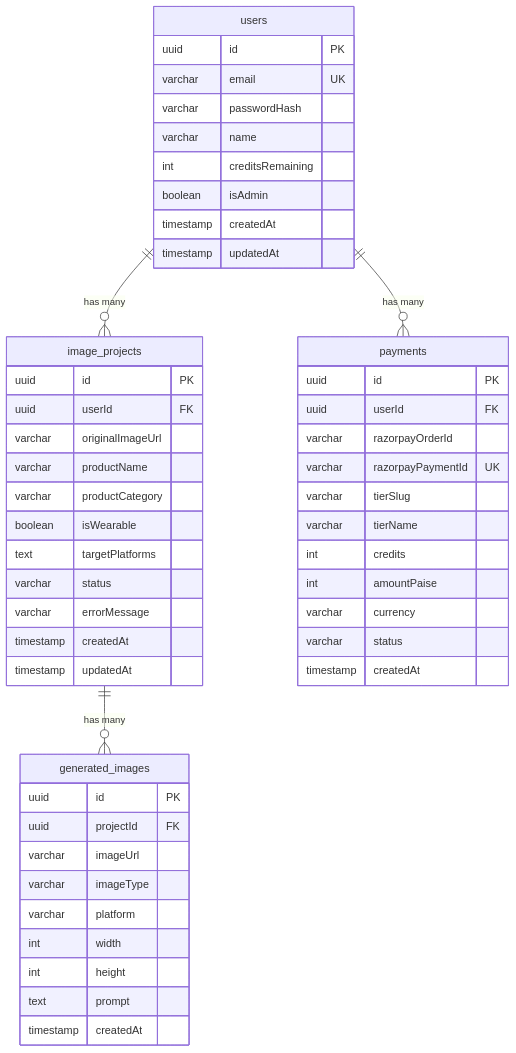
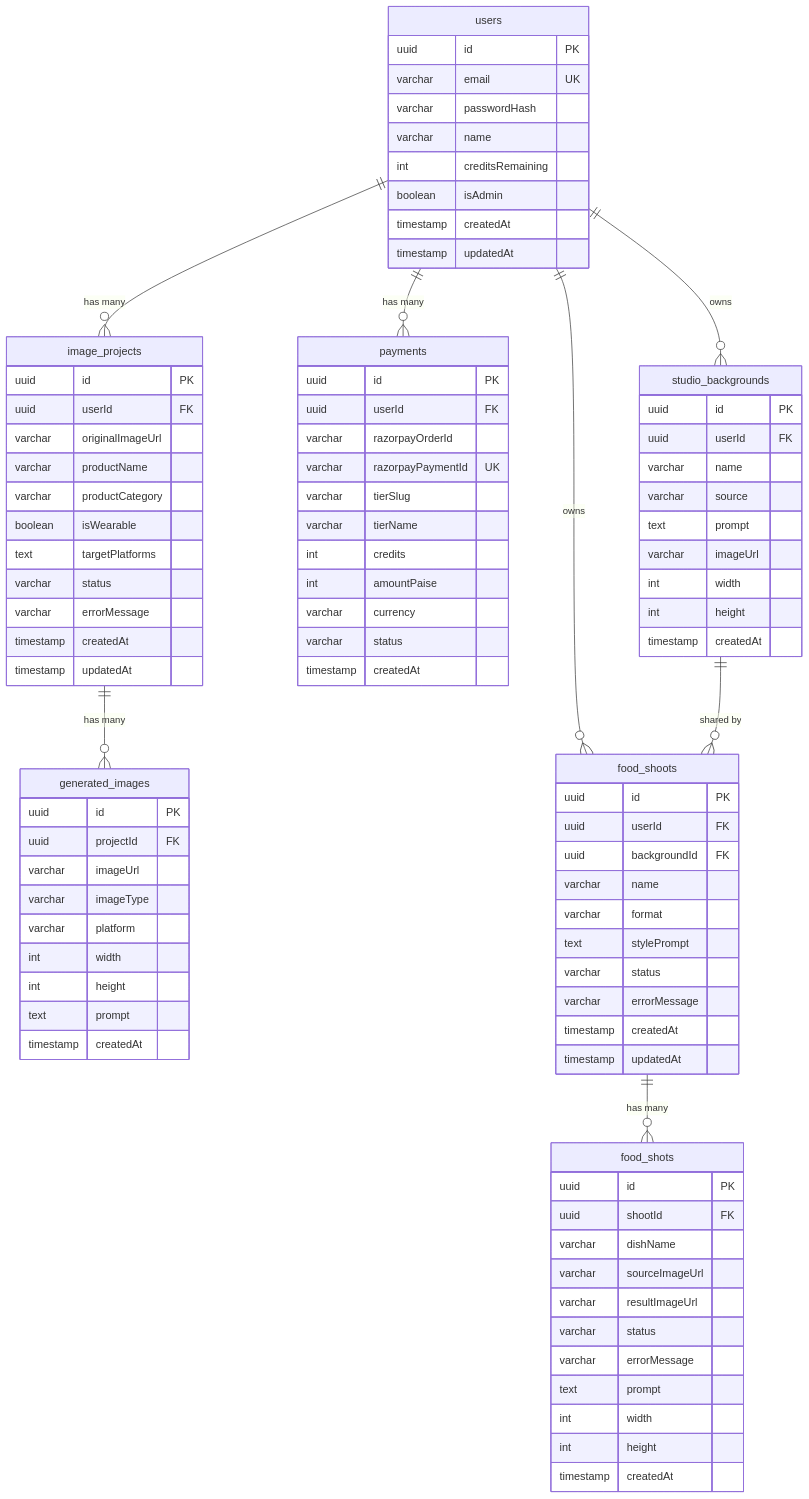
One commit to learnwithsatyam/listic changed the third of 12 diagrams in docs/ARCHITECTURE.md. Above: the diagram before and after it, drawn with Mermaid. The commit also changed other lines of this file and 28 other files, not shown here.

First line of the commit message:
feat: add Food Studio — consistent backgrounds for cafe food photos

````diff
--- a/docs/ARCHITECTURE.md
+++ b/docs/ARCHITECTURE.md
@@ -264,7 +280,50 @@
         timestamp createdAt
     }
 
+    studio_backgrounds {
+        uuid id PK
+        uuid userId FK
+        varchar name
+        varchar source
+        text prompt
+        varchar imageUrl
+        int width
+        int height
+        timestamp createdAt
+    }
+
+    food_shoots {
+        uuid id PK
+        uuid userId FK
+        uuid backgroundId FK
+        varchar name
+        varchar format
+        text stylePrompt
+        varchar status
+        varchar errorMessage
+        timestamp createdAt
+        timestamp updatedAt
+    }
+
+    food_shots {
+        uuid id PK
+        uuid shootId FK
+        varchar dishName
+        varchar sourceImageUrl
+        varchar resultImageUrl
+        varchar status
+        varchar errorMessage
+        text prompt
+        int width
+        int height
+        timestamp createdAt
+    }
+
     users ||--o{ image_projects : "has many"
     users ||--o{ payments : "has many"
+    users ||--o{ studio_backgrounds : "owns"
+    users ||--o{ food_shoots : "owns"
     image_projects ||--o{ generated_images : "has many"
+    studio_backgrounds ||--o{ food_shoots : "shared by"
+    food_shoots ||--o{ food_shots : "has many"
 ```
````
